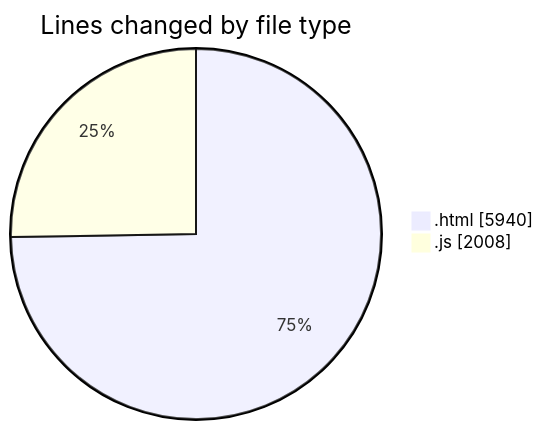
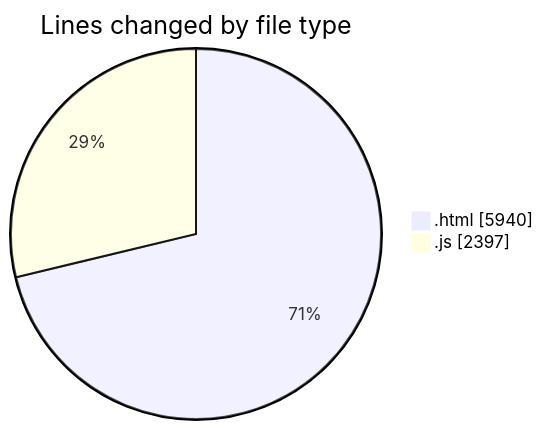
The first of 2 diagrams in 2025-08-10/nxtqube_webapp/README.md (nxtqubesakshisongat/code-tracking), drawn with Mermaid before and after one commit. The commit also changed other lines of this file and 1 other file, not shown here.

````diff
--- a/2025-08-10/nxtqube_webapp/README.md
+++ b/2025-08-10/nxtqube_webapp/README.md
@@ -23,6 +23,6 @@
 ```mermaid
 pie showData
 title Lines changed by file type
 ".html" : 5940
-".js" : 2008
+".js" : 2397
 ```
````
